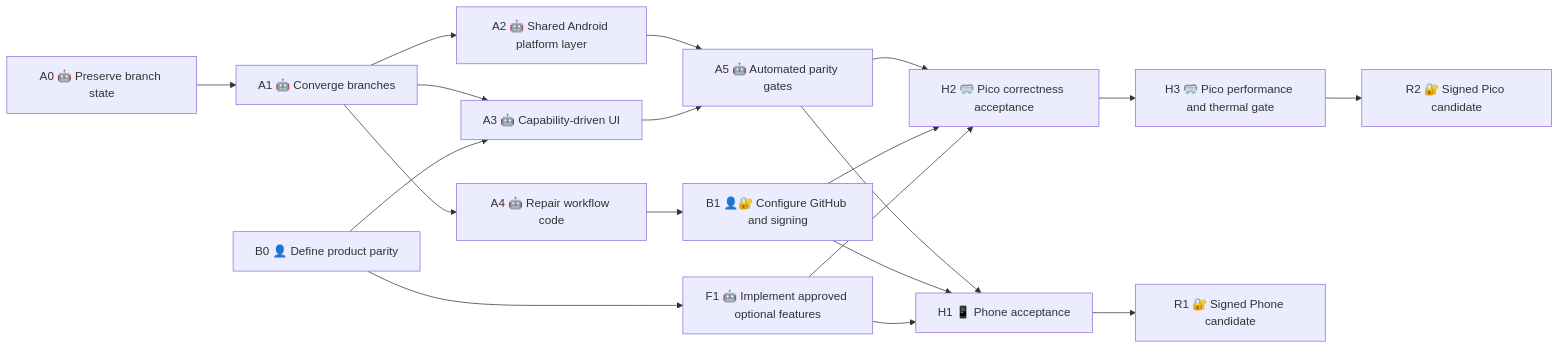
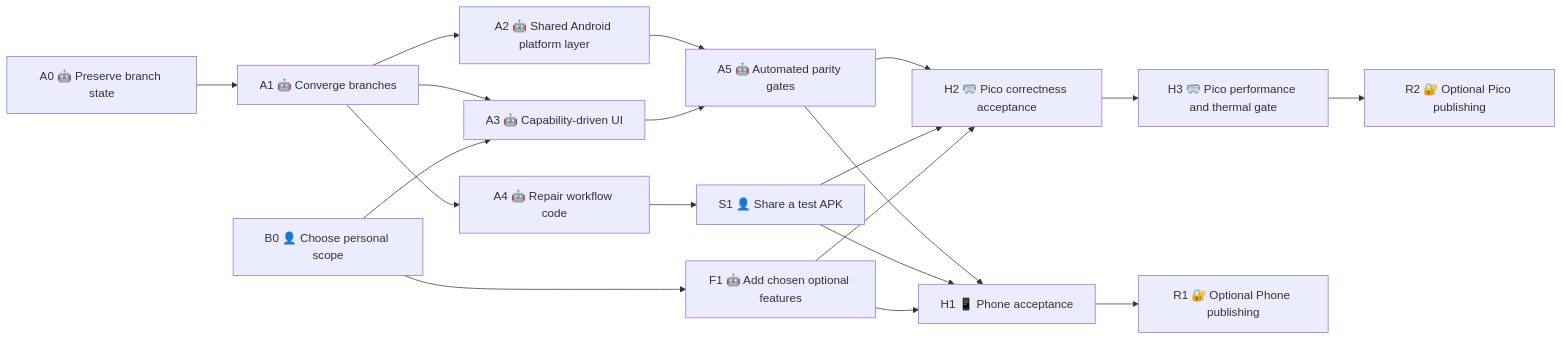
One commit to noah-be/overte changed the first of 2 diagrams in android/docs/ANDROID_PHONE_PICO4_ROADMAP.md. Above: the diagram before and after it, drawn with Mermaid. The commit also changed other lines of this file and 1 other file, not shown here.

Commit message:
docs: tailor mobile roadmap for solo fork

````diff
--- a/android/docs/ANDROID_PHONE_PICO4_ROADMAP.md
+++ b/android/docs/ANDROID_PHONE_PICO4_ROADMAP.md
@@ -44,21 +68,21 @@
 ```mermaid
 flowchart LR
     A0["A0 🤖 Preserve branch state"] --> A1["A1 🤖 Converge branches"]
     A1 --> A2["A2 🤖 Shared Android platform layer"]
     A1 --> A3["A3 🤖 Capability-driven UI"]
     A1 --> A4["A4 🤖 Repair workflow code"]
     A2 --> A5["A5 🤖 Automated parity gates"]
     A3 --> A5
-    A4 --> B1["B1 👤🔐 Configure GitHub and signing"]
-    B0["B0 👤 Define product parity"] --> A3
-    B0 --> F1["F1 🤖 Implement approved optional features"]
+    A4 --> S1["S1 👤 Share a test APK"]
+    B0["B0 👤 Choose personal scope"] --> A3
+    B0 --> F1["F1 🤖 Add chosen optional features"]
     A5 --> H1["H1 📱 Phone acceptance"]
     A5 --> H2["H2 🥽 Pico correctness acceptance"]
     H2 --> H3["H3 🥽 Pico performance and thermal gate"]
-    B1 --> H1
-    B1 --> H2
-    H1 --> R1["R1 🔐 Signed Phone candidate"]
-    H3 --> R2["R2 🔐 Signed Pico candidate"]
+    S1 --> H1
+    S1 --> H2
+    H1 --> R1["R1 🔐 Optional Phone publishing"]
+    H3 --> R2["R2 🔐 Optional Pico publishing"]
     F1 --> H1
     F1 --> H2
 ```
````
